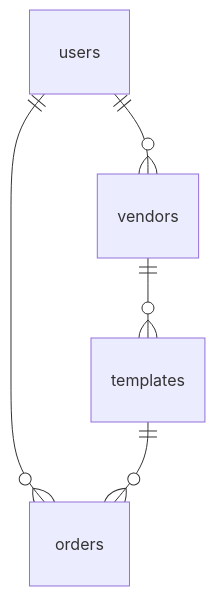
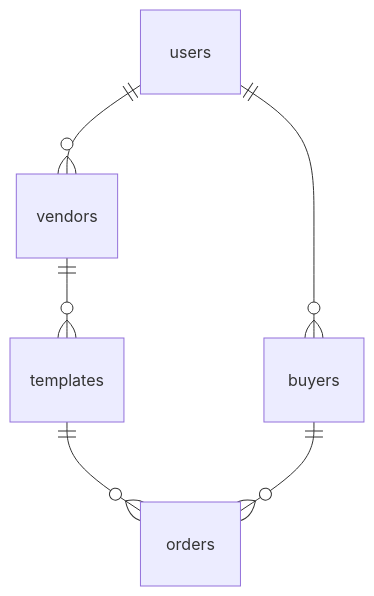
The diagram in README.md (AntonioCoppe/notion-template-shop), drawn with Mermaid before and after one commit. The commit also changed other lines of this file and 13 other files, not shown here.

````diff
--- a/README.md
+++ b/README.md
@@ -45,7 +59,8 @@
 ```mermaid
 erDiagram
   users ||--o{ vendors : ""
-  users ||--o{ orders : ""
+  users ||--o{ buyers : ""
   vendors ||--o{ templates : ""
   templates ||--o{ orders : ""
+  buyers ||--o{ orders : ""
 ```
````
